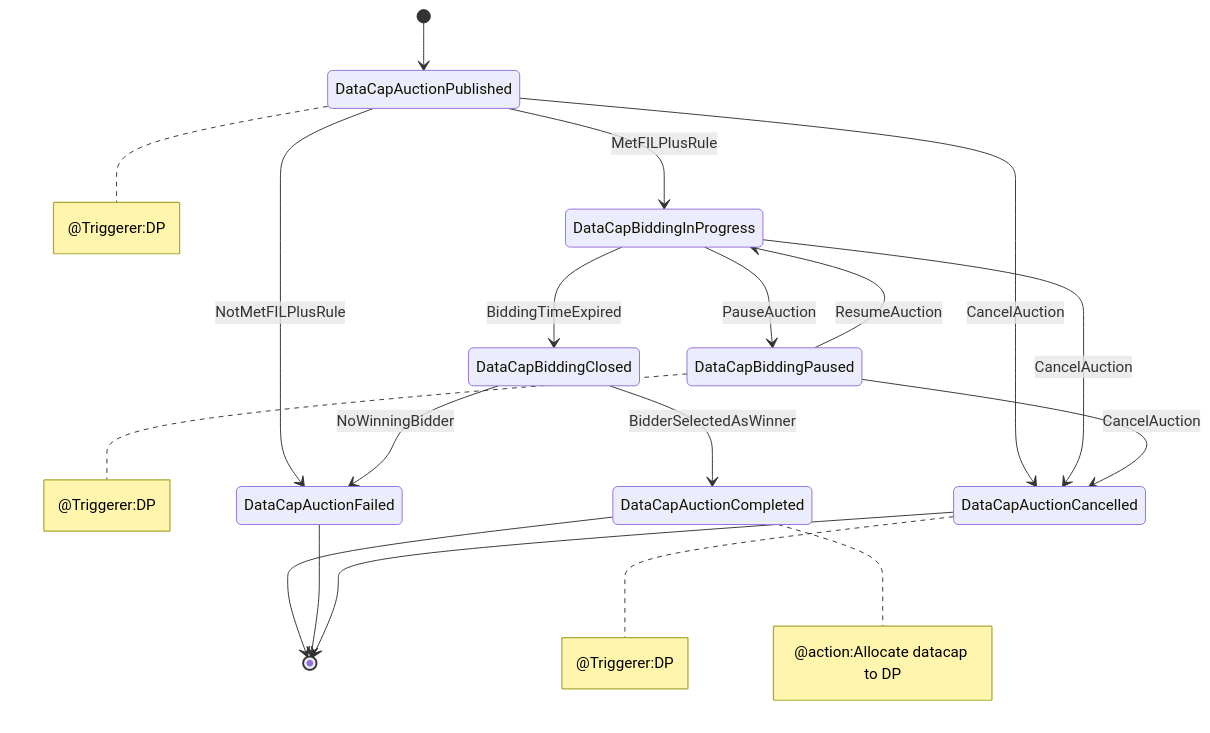
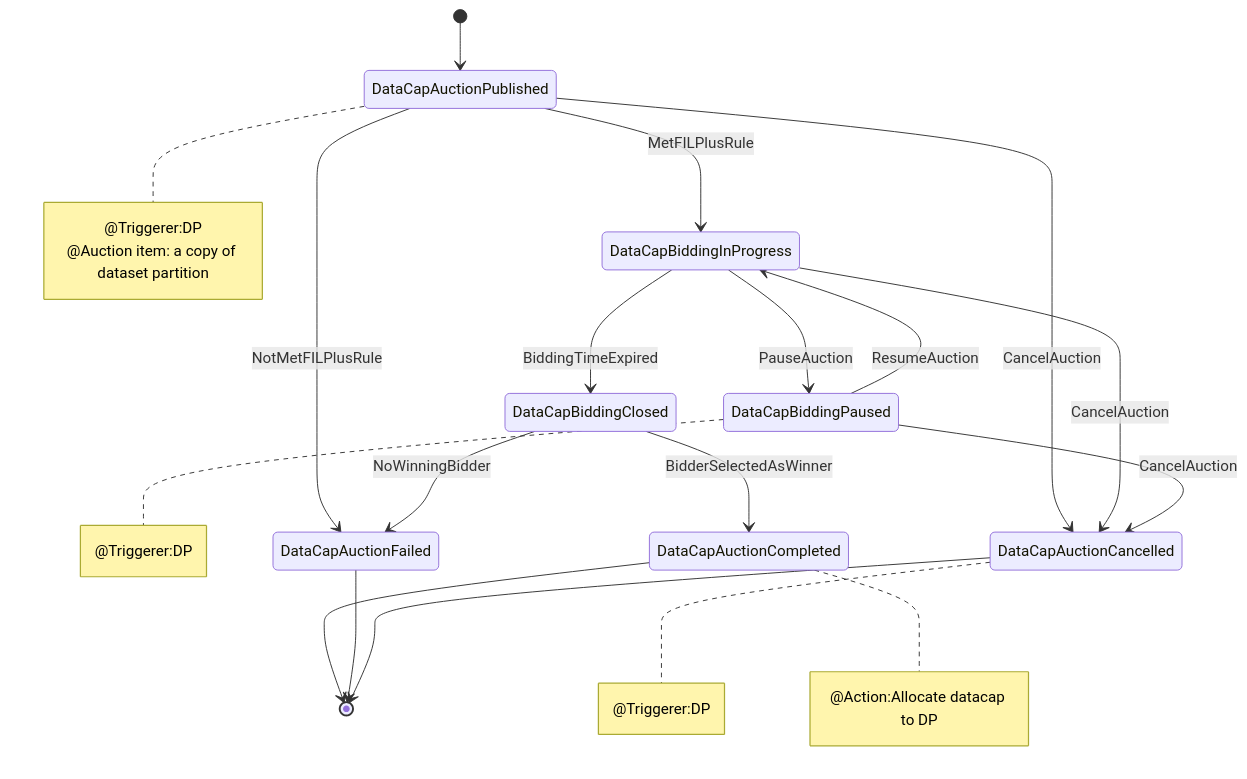
One commit to dataswap/specs changed the second of 2 diagrams in systems/README.md. Above: the diagram before and after it, drawn with Mermaid.

Commit message:
add note for DataCapAuction stateDiagram

````diff
--- a/systems/README.md
+++ b/systems/README.md
@@ -141,30 +141,31 @@
 ```mermaid
 stateDiagram
     [*] --> DataCapAuctionPublished
     DataCapAuctionPublished  --> DataCapBiddingInProgress:MetFILPlusRule
     DataCapAuctionPublished  --> DataCapAuctionFailed:NotMetFILPlusRule
     DataCapBiddingInProgress --> DataCapBiddingPaused:PauseAuction
     DataCapBiddingPaused     --> DataCapBiddingInProgress:ResumeAuction
     DataCapAuctionPublished  --> DataCapAuctionCancelled:CancelAuction
     DataCapBiddingInProgress --> DataCapAuctionCancelled:CancelAuction
     DataCapBiddingPaused     --> DataCapAuctionCancelled:CancelAuction
     DataCapBiddingInProgress --> DataCapBiddingClosed:BiddingTimeExpired
     DataCapBiddingClosed     --> DataCapAuctionCompleted:BidderSelectedAsWinner
     DataCapBiddingClosed     --> DataCapAuctionFailed:NoWinningBidder
     DataCapAuctionCompleted --> [*]
     DataCapAuctionFailed --> [*]
     DataCapAuctionCancelled --> [*] 
 
     note right of DataCapAuctionPublished 
       @Triggerer:DP
+      @Auction item: a copy of dataset partition
     end note
     note right of DataCapBiddingPaused
       @Triggerer:DP
     end note
     note right of DataCapAuctionCancelled 
       @Triggerer:DP
     end note
     note right of DataCapAuctionCompleted
-      @action:Allocate datacap to DP
+      @Action:Allocate datacap to DP
     end note
 ```
````
